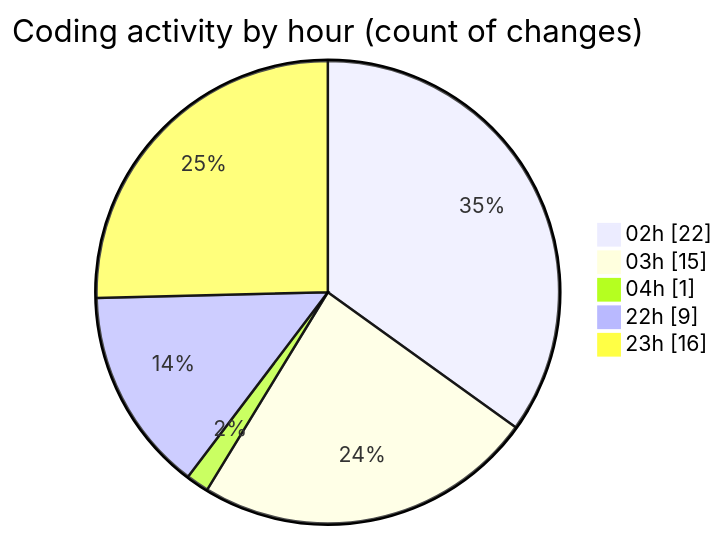
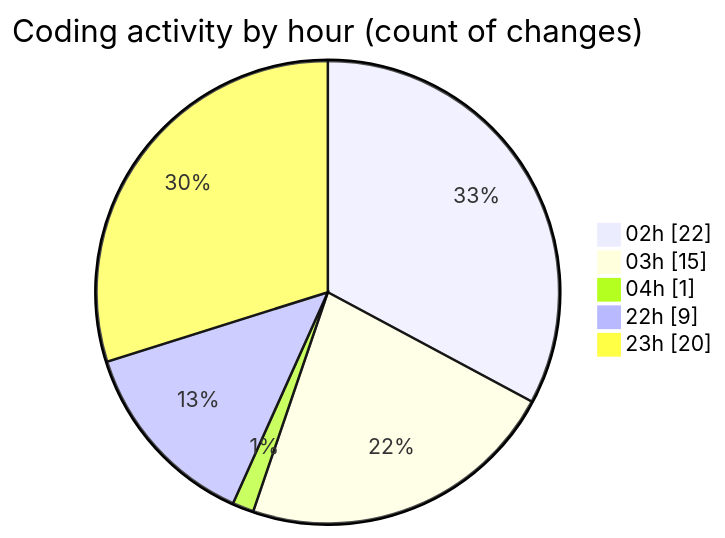
One commit to EIIisD/code-tracking changed the second of 2 diagrams in 2025-07-11/ribbon/README.md. Above: the diagram before and after it, drawn with Mermaid. The commit also changed other lines of this file and 1 other file, not shown here.

````diff
--- a/2025-07-11/ribbon/README.md
+++ b/2025-07-11/ribbon/README.md
@@ -49,9 +50,9 @@
 ```mermaid
 pie showData
 title Coding activity by hour (count of changes)
 "02h" : 22
 "03h" : 15
 "04h" : 1
 "22h" : 9
-"23h" : 16
+"23h" : 20
 ```
````
